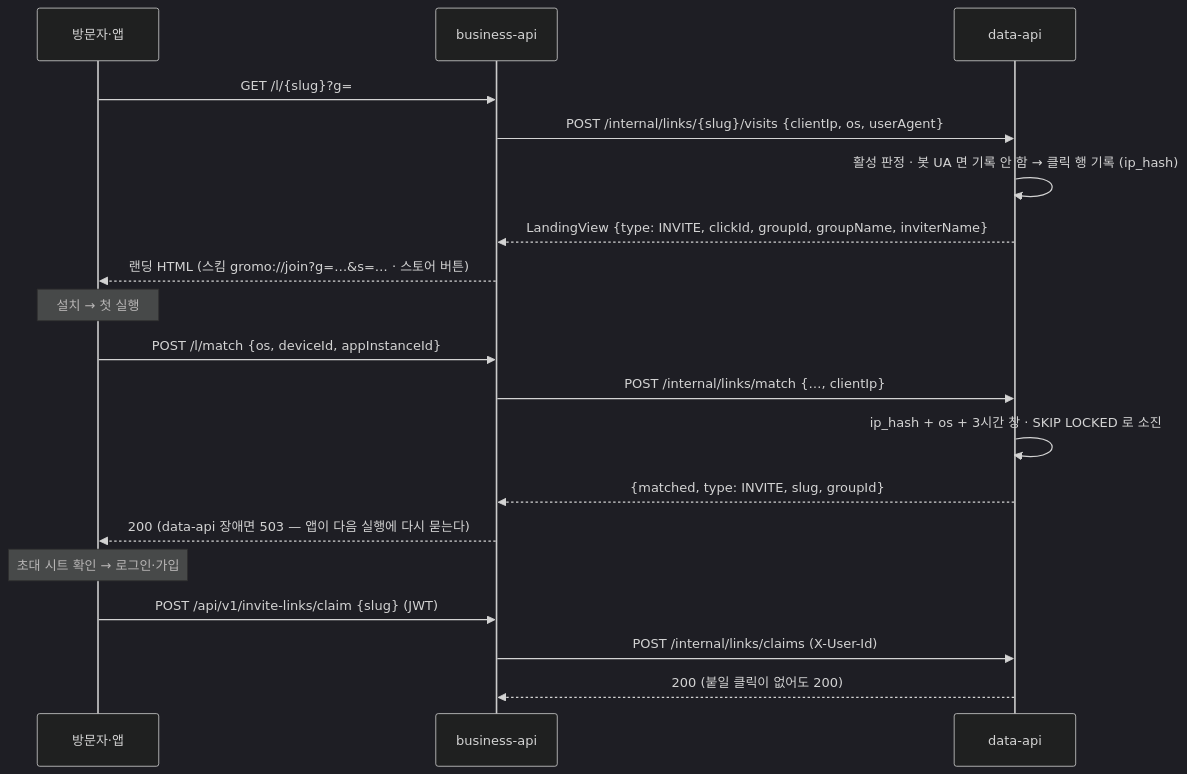
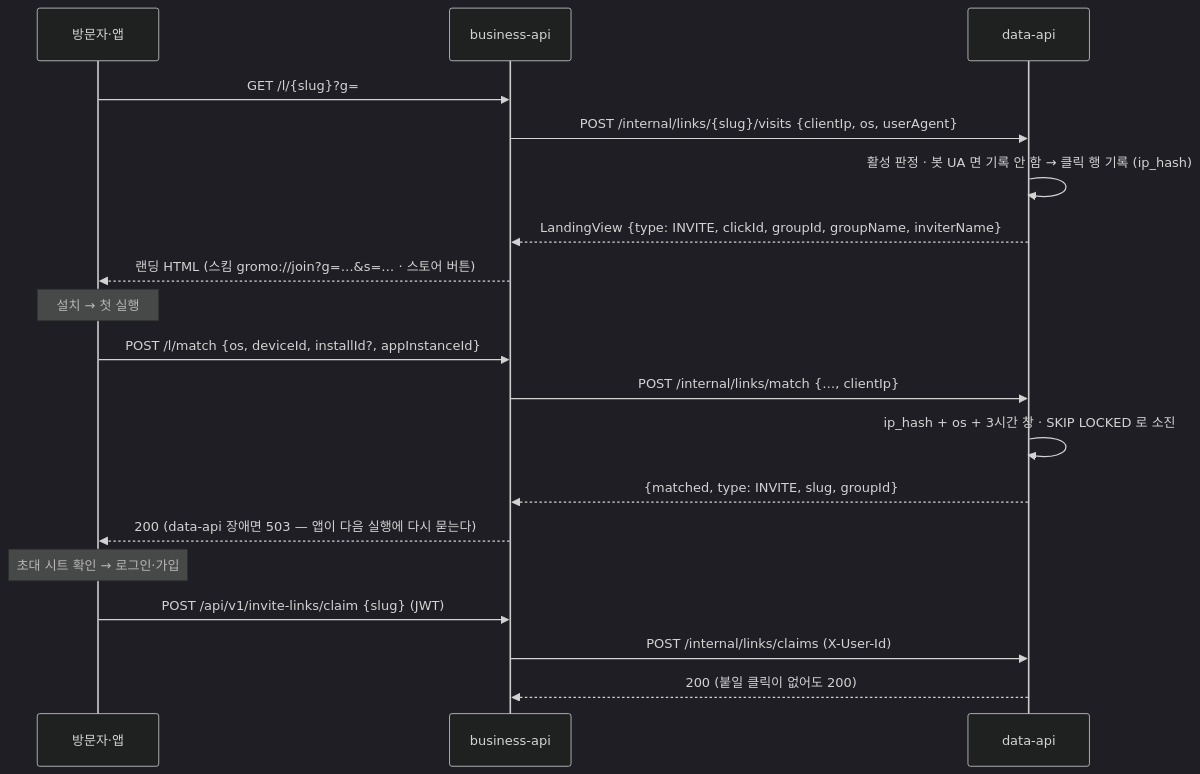
Before and after one commit to OneOrThree/phone: the second of 4 diagrams in docs/prd/link-attribution/high-level-design.md, drawn with Mermaid (dark theme). The commit also changed other lines of this file and 3 other files, not shown here.

````diff
--- a/docs/prd/link-attribution/high-level-design.md
+++ b/docs/prd/link-attribution/high-level-design.md
@@ -55,21 +55,21 @@
 ```mermaid
 sequenceDiagram
   participant U as 방문자·앱
   participant B as business-api
   participant D as data-api
   U->>B: GET /l/{slug}?g=
   B->>D: POST /internal/links/{slug}/visits {clientIp, os, userAgent}
   D->>D: 활성 판정 · 봇 UA 면 기록 안 함 → 클릭 행 기록 (ip_hash)
   D-->>B: LandingView {type: INVITE, clickId, groupId, groupName, inviterName}
   B-->>U: 랜딩 HTML (스킴 gromo://join?g=…&s=… · 스토어 버튼)
   Note over U: 설치 → 첫 실행
-  U->>B: POST /l/match {os, deviceId, appInstanceId}
+  U->>B: POST /l/match {os, deviceId, installId?, appInstanceId}
   B->>D: POST /internal/links/match {…, clientIp}
   D->>D: ip_hash + os + 3시간 창 · SKIP LOCKED 로 소진
   D-->>B: {matched, type: INVITE, slug, groupId}
   B-->>U: 200 (data-api 장애면 503 — 앱이 다음 실행에 다시 묻는다)
   Note over U: 초대 시트 확인 → 로그인·가입
   U->>B: POST /api/v1/invite-links/claim {slug} (JWT)
   B->>D: POST /internal/links/claims (X-User-Id)
   D-->>B: 200 (붙일 클릭이 없어도 200)
 ```
````
